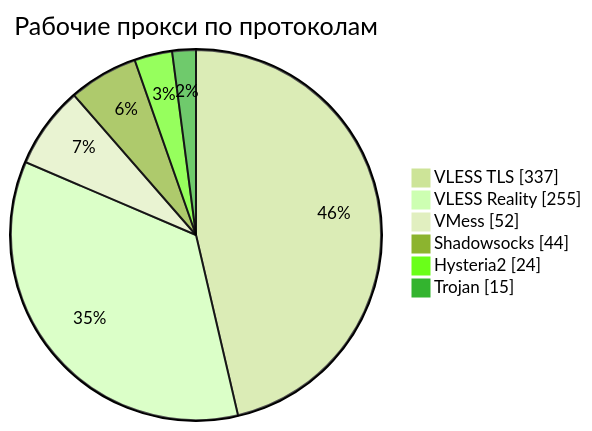
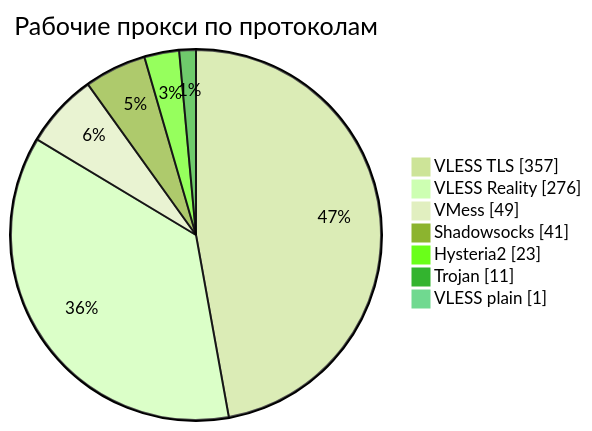
The third of 4 diagrams in README.md (rvvg/proxy-subs), drawn with Mermaid (forest theme) before and after one commit. The commit also changed other lines of this file and 46 other files, not shown here.

````diff
--- a/README.md
+++ b/README.md
@@ -134,10 +133,11 @@
 ```mermaid
 pie showData
     title Рабочие прокси по протоколам
-    "VLESS TLS" : 337
-    "VLESS Reality" : 255
-    "VMess" : 52
-    "Shadowsocks" : 44
-    "Hysteria2" : 24
-    "Trojan" : 15
+    "VLESS TLS" : 357
+    "VLESS Reality" : 276
+    "VMess" : 49
+    "Shadowsocks" : 41
+    "Hysteria2" : 23
+    "Trojan" : 11
+    "VLESS plain" : 1
 ```
````
